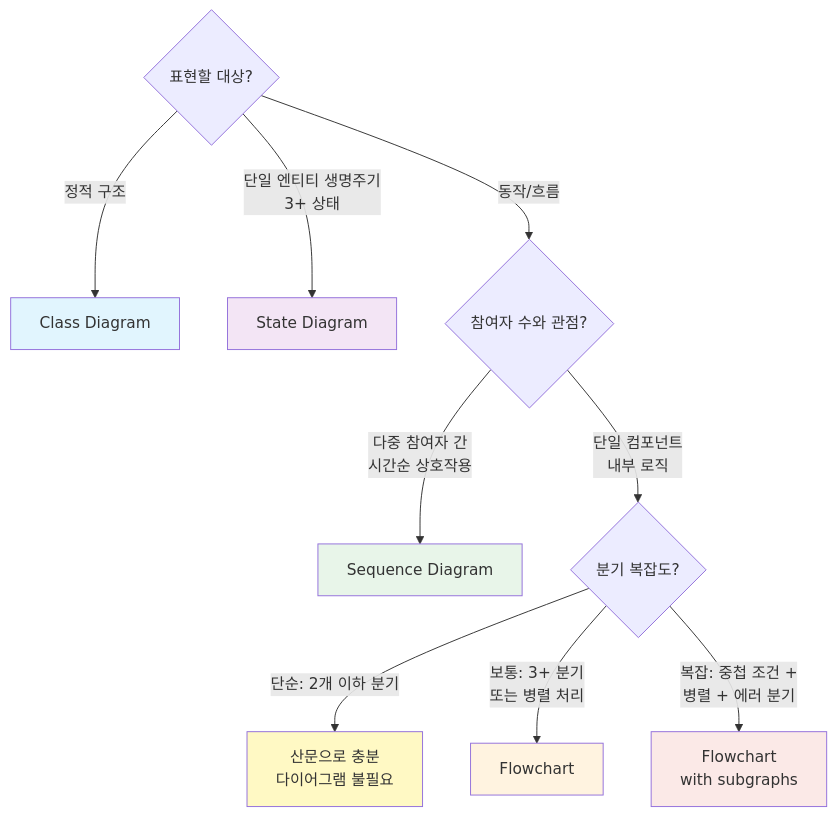
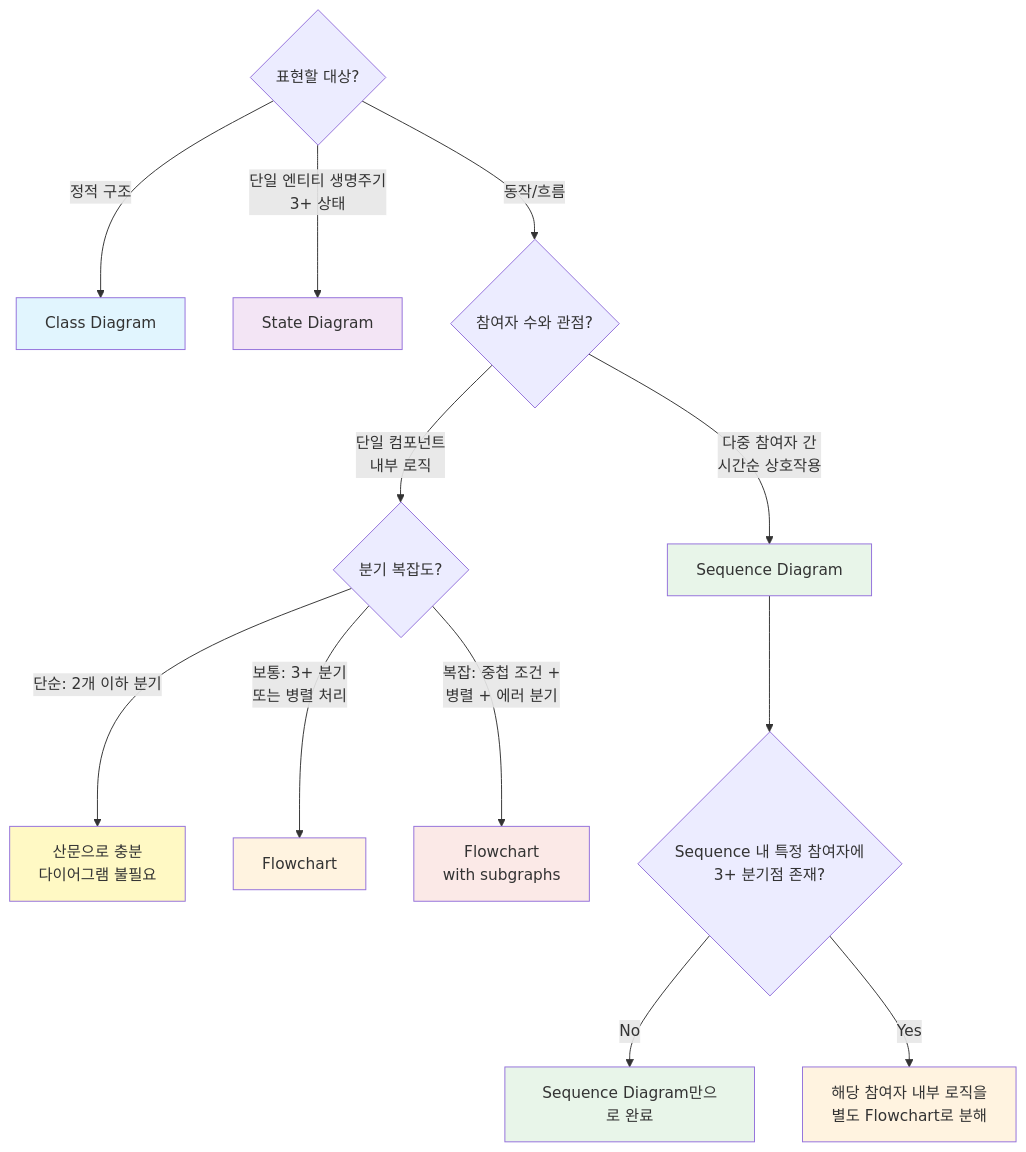
Before and after one commit to toongri/oh-my-toong-playground: the first of 3 diagrams in skills/spec/references/diagram-selection.md, drawn with Mermaid. The commit also changed other lines of this file, not shown here.

````diff
--- a/skills/spec/references/diagram-selection.md
+++ b/skills/spec/references/diagram-selection.md
@@ -16,21 +16,27 @@
 ```mermaid
 flowchart TD
     Q1{표현할 대상?}
     Q1 -->|정적 구조| CLASS[Class Diagram]
     Q1 -->|단일 엔티티 생명주기<br/>3+ 상태| STATE[State Diagram]
     Q1 -->|동작/흐름| Q2{참여자 수와 관점?}
 
     Q2 -->|다중 참여자 간<br/>시간순 상호작용| SEQ[Sequence Diagram]
     Q2 -->|단일 컴포넌트<br/>내부 로직| Q3{분기 복잡도?}
 
     Q3 -->|단순: 2개 이하 분기| PROSE[산문으로 충분<br/>다이어그램 불필요]
     Q3 -->|보통: 3+ 분기<br/>또는 병렬 처리| FC[Flowchart]
     Q3 -->|복잡: 중첩 조건 +<br/>병렬 + 에러 분기| FCSUB[Flowchart<br/>with subgraphs]
 
+    SEQ --> Q4{Sequence 내 특정 참여자에<br/>3+ 분기점 존재?}
+    Q4 -->|No| DONE1[Sequence Diagram만으로 완료]
+    Q4 -->|Yes| ZOOM[해당 참여자 내부 로직을<br/>별도 Flowchart로 분해]
+
     style CLASS fill:#e1f5fe
     style STATE fill:#f3e5f5
     style SEQ fill:#e8f5e9
     style PROSE fill:#fff9c4
     style FC fill:#fff3e0
     style FCSUB fill:#fbe9e7
+    style ZOOM fill:#fff3e0
+    style DONE1 fill:#e8f5e9
 ```
````
